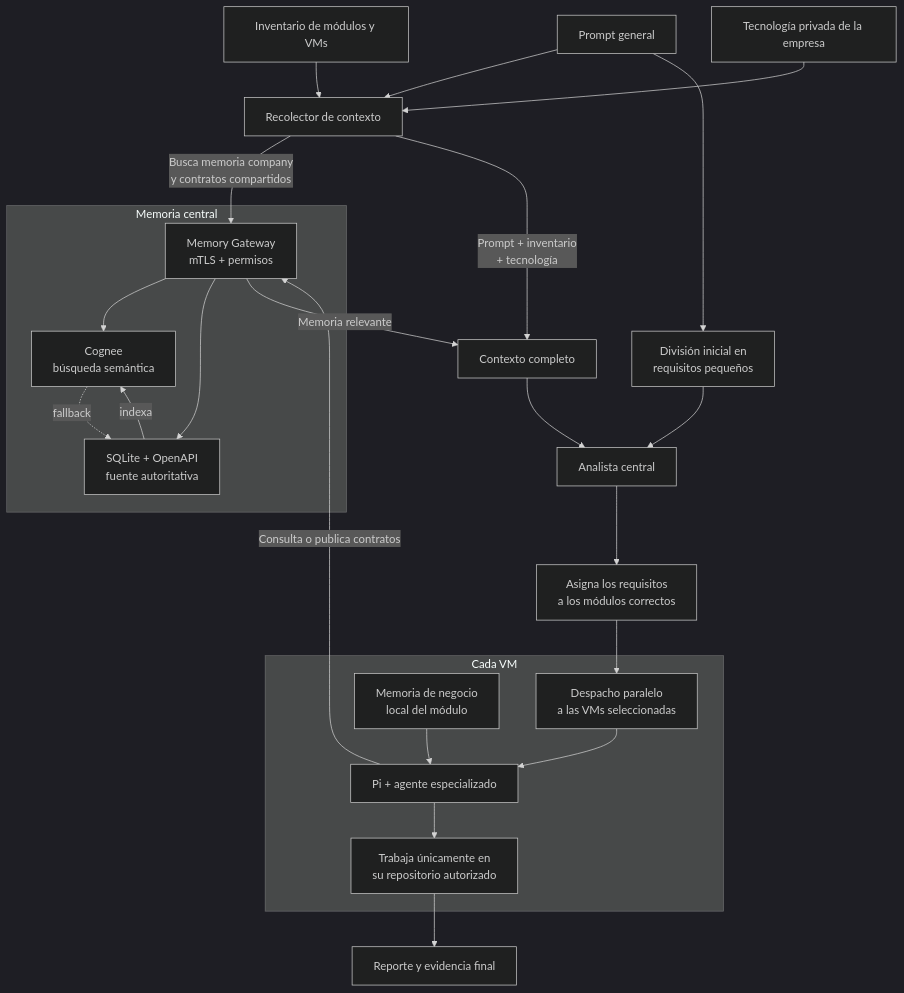
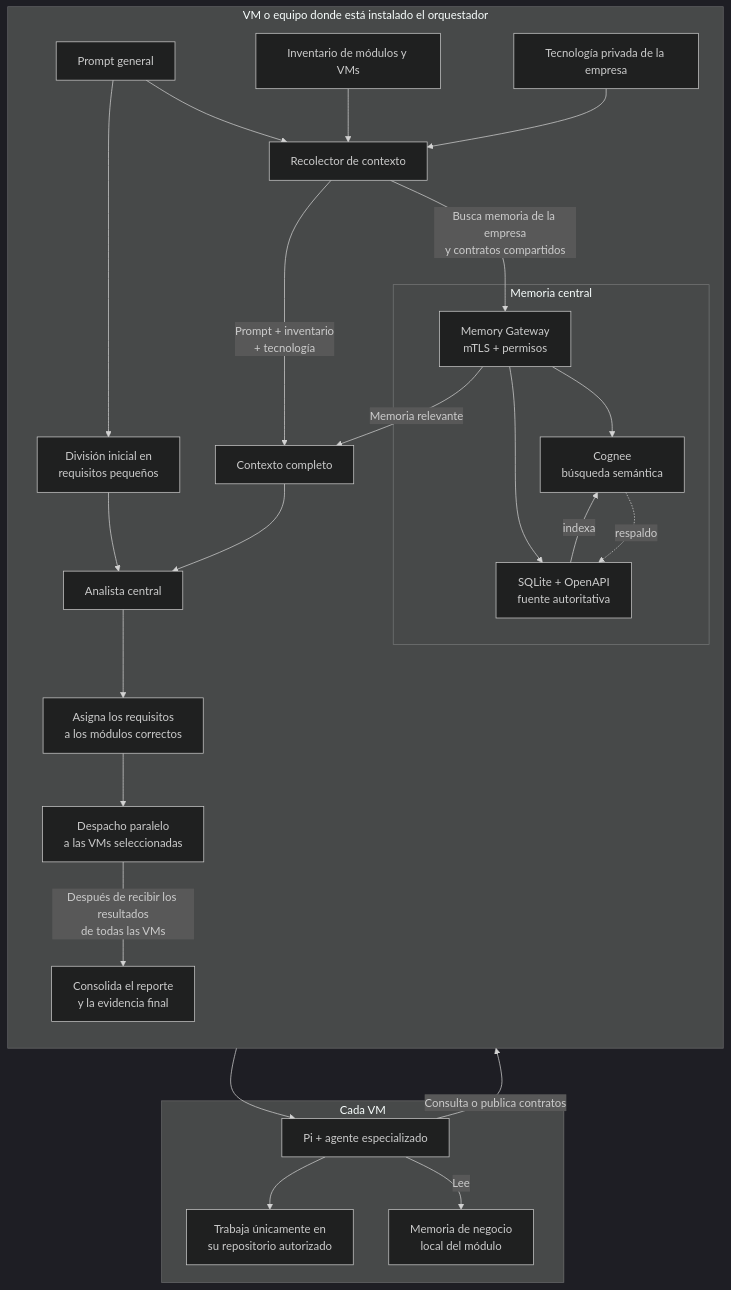
The diagram in README.md (CarlosPull/prueba_agentes), drawn with Mermaid (dark theme) before and after one commit. The commit also changed other lines of this file, not shown here.

Commit message:
docs: update architecture diagram and refine documentation for VM profiles and provisioning workflows

````diff
--- a/README.md
+++ b/README.md
@@ -9,33 +9,37 @@
 ```mermaid
 flowchart TD
-    U["Prompt general"] --> C["Recolector de contexto"]
-    U --> D["División inicial en<br/>requisitos pequeños"]
+    subgraph ORQ["VM o equipo donde está instalado el orquestador"]
+        direction TD
+        U["Prompt general"] --> C["Recolector de contexto"]
+        U --> D["División inicial en<br/>requisitos pequeños"]
 
-    INV["Inventario de módulos y VMs"] --> C
-    TEC["Tecnología privada de la empresa"] --> C
-    C -- "Busca memoria company<br/>y contratos compartidos" --> GW
+        INV["Inventario de módulos y VMs"] --> C
+        TEC["Tecnología privada de la empresa"] --> C
+        C -- "Busca memoria de la empresa<br/>y contratos compartidos" --> GW
 
-    subgraph MEM["Memoria central"]
-        GW["Memory Gateway<br/>mTLS + permisos"]
-        GW --> COG["Cognee<br/>búsqueda semántica"]
-        GW --> SQL["SQLite + OpenAPI<br/>fuente autoritativa"]
-        SQL -- "indexa" --> COG
-        COG -. "fallback" .-> SQL
+        subgraph MEM["Memoria central"]
+            GW["Memory Gateway<br/>mTLS + permisos"]
+            GW --> COG["Cognee<br/>búsqueda semántica"]
+            GW --> SQL["SQLite + OpenAPI<br/>fuente autoritativa"]
+            SQL -- "indexa" --> COG
+            COG -. "respaldo" .-> SQL
+        end
+
+        GW -- "Memoria relevante" --> CTX["Contexto completo"]
+        C -- "Prompt + inventario<br/>+ tecnología" --> CTX
+        CTX --> A["Analista central"]
+        D --> A
+        A --> RQ["Asigna los requisitos<br/>a los módulos correctos"]
+        RQ --> P["Despacho paralelo<br/>a las VMs seleccionadas"]
+        P -- "Después de recibir los resultados<br/>de todas las VMs" --> R["Consolida el reporte<br/>y la evidencia final"]
     end
 
-    GW -- "Memoria relevante" --> CTX["Contexto completo"]
-    C -- "Prompt + inventario<br/>+ tecnología" --> CTX
-    CTX --> A["Analista central"]
-    D --> A
-    A --> RQ["Asigna los requisitos<br/>a los módulos correctos"]
-    RQ --> P["Despacho paralelo<br/>a las VMs seleccionadas"]
-
     subgraph VMS["Cada VM"]
-        P --> H["Pi + agente especializado"]
-        BM["Memoria de negocio<br/>local del módulo"] --> H
+        H["Pi + agente especializado"]
         H --> W["Trabaja únicamente en<br/>su repositorio autorizado"]
+        H -- "Lee" --> BM["Memoria de negocio<br/>local del módulo"]
     end
 
-    H -- "Consulta o publica contratos" --> GW
-    W --> R["Reporte y evidencia final"]
+    P --> H
+    H -- "Consulta o publica contratos" --> MEM
 ```
````
